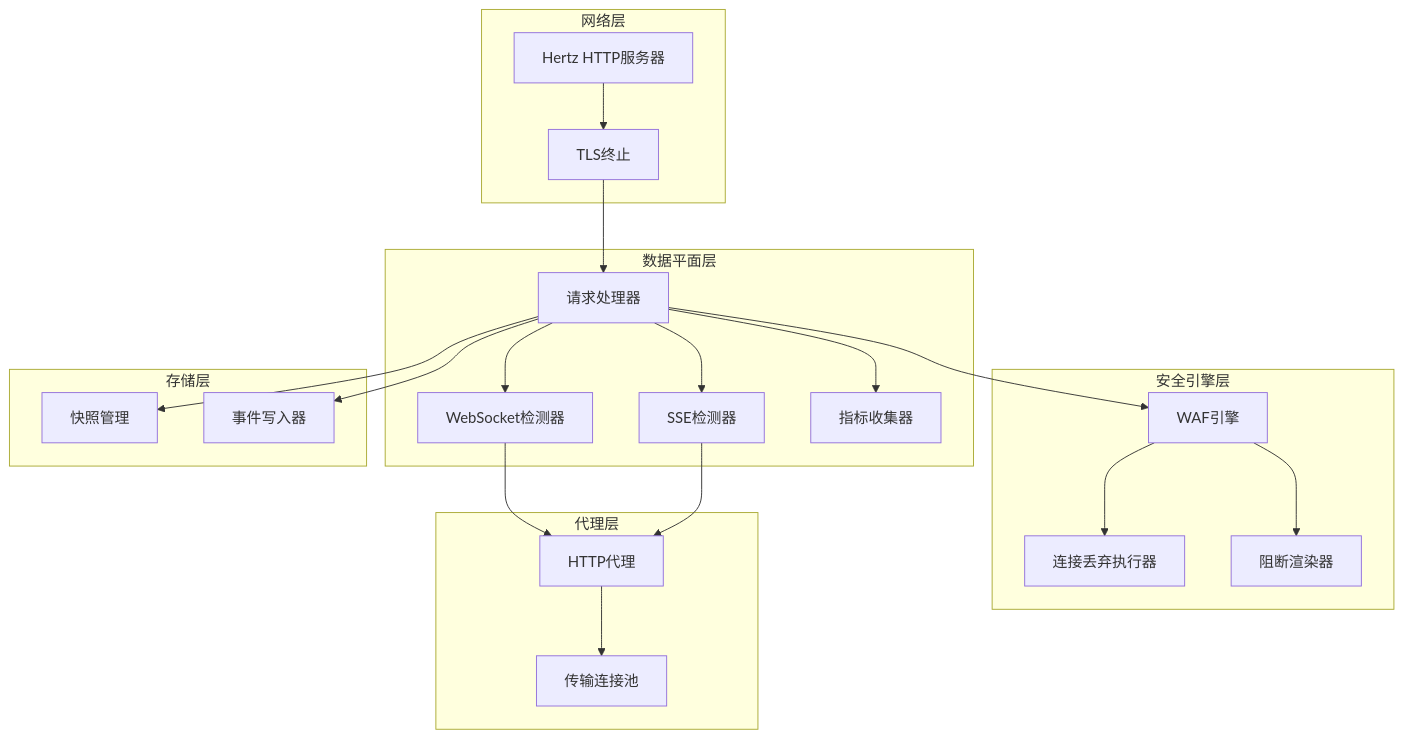
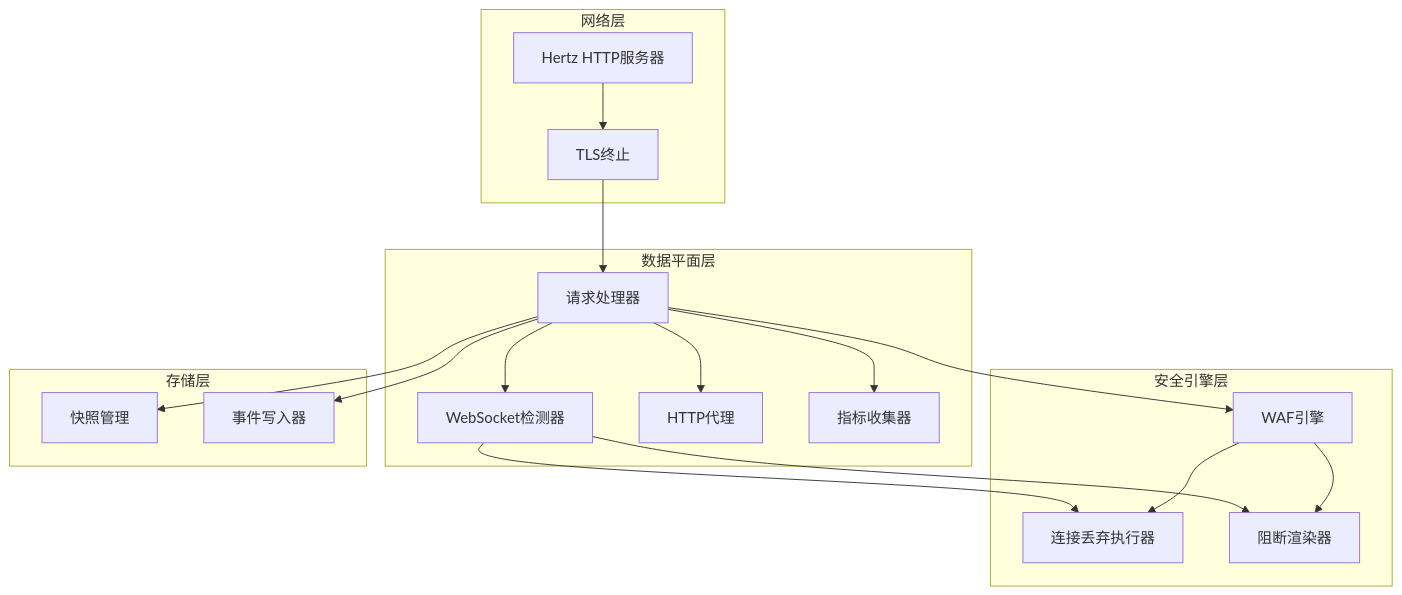
Before and after one commit to x01n/My-OpenWaf: the fourth of 15 diagrams in docs/数据平面处理/WebSocket 连接处理.md, drawn with Mermaid. The commit also changed other lines of this file and 199 other files, not shown here.

````diff
--- a/docs/数据平面处理/WebSocket 连接处理.md
+++ b/docs/数据平面处理/WebSocket 连接处理.md
@@ -138,39 +133,34 @@
 ```mermaid
 graph TB
 subgraph "网络层"
 Hertz[Hertz HTTP服务器]
 TLS[TLS终止]
 end
 subgraph "数据平面层"
 Handler[请求处理器]
 WSDetector[WebSocket检测器]
-SSERequest[SSE检测器]
+Proxy[HTTP代理]
 Metrics[指标收集器]
 end
 subgraph "安全引擎层"
 Engine[WAF引擎]
 DropExecutor[连接丢弃执行器]
 BlockRenderer[阻断渲染器]
-end
-subgraph "代理层"
-HTTPProxy[HTTP代理]
-TransportPool[传输连接池]
 end
 subgraph "存储层"
 Snapshot[快照管理]
 EventWriter[事件写入器]
 end
 Hertz --> TLS
 TLS --> Handler
 Handler --> WSDetector
-Handler --> SSERequest
+Handler --> Proxy
 Handler --> Engine
 Handler --> Metrics
-WSDetector --> HTTPProxy
-SSERequest --> HTTPProxy
+WSDetector --> DropExecutor
+WSDetector --> BlockRenderer
 Engine --> DropExecutor
 Engine --> BlockRenderer
-HTTPProxy --> TransportPool
 Handler --> Snapshot
 Handler --> EventWriter
 ```
````
